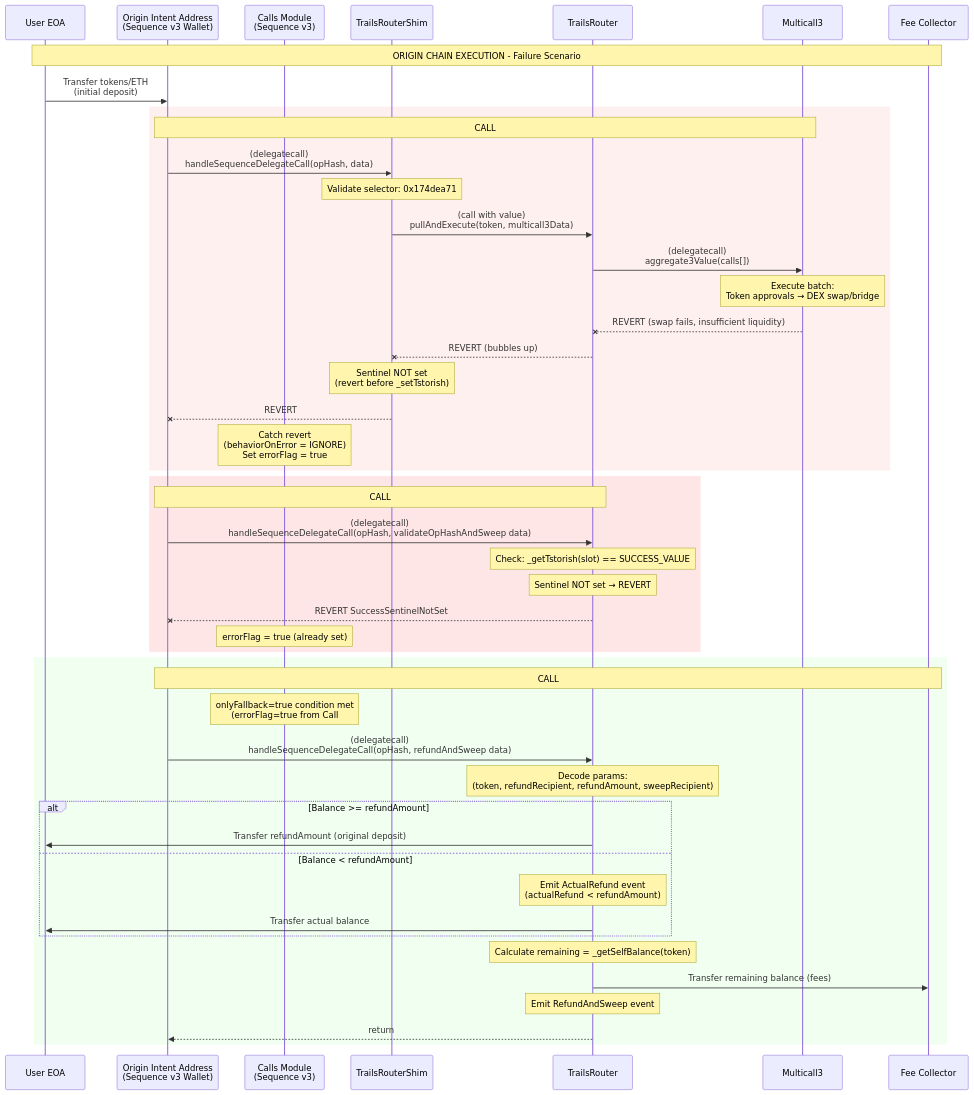
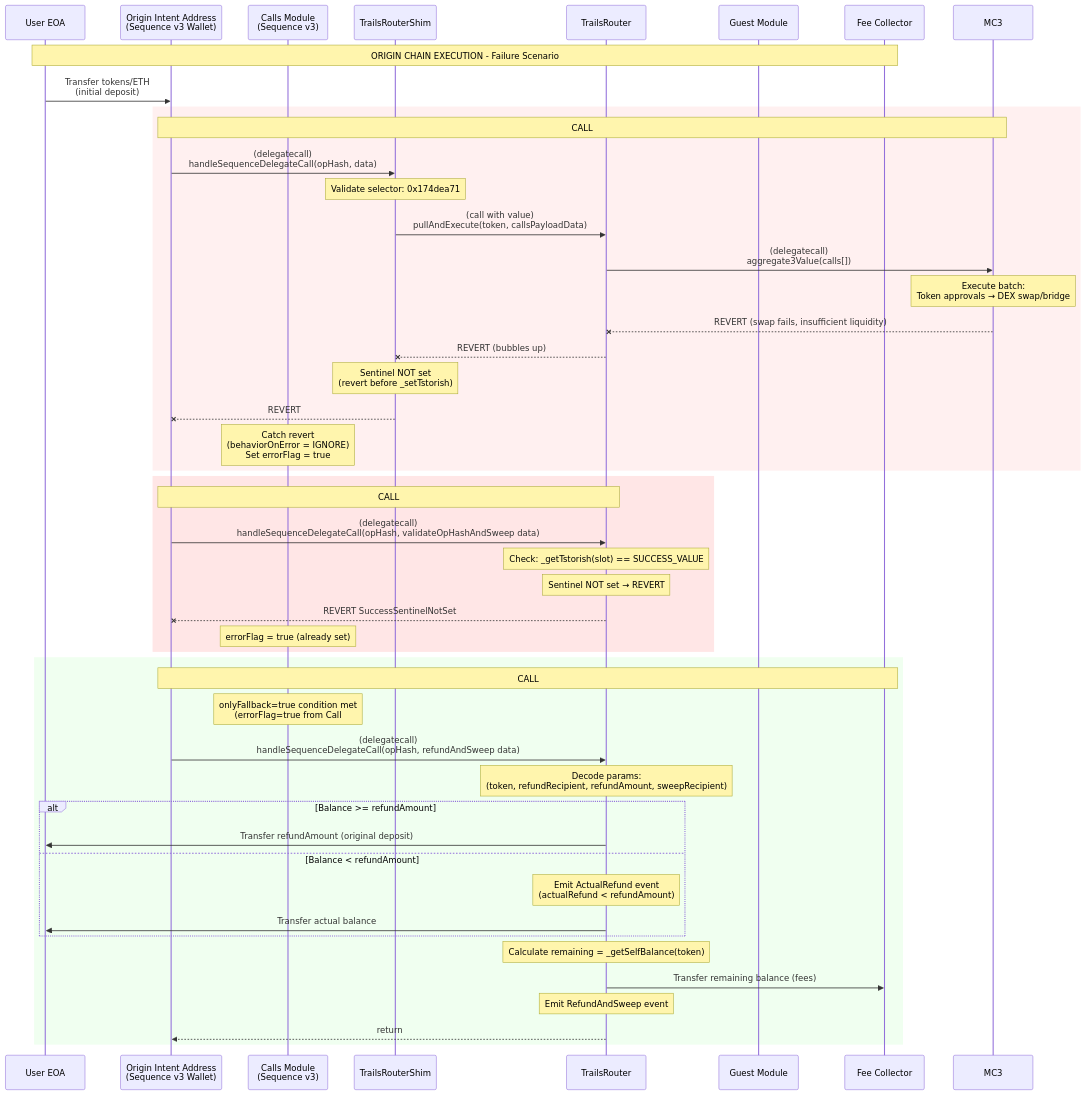
One commit to 0xsequence/trails-contracts changed the fifth of 6 diagrams in docs/FLOW.md. Above: the diagram before and after it, drawn with Mermaid. The commit also changed other lines of this file and 7 other files, not shown here.

First line of the commit message:
Refactor TrailsRouter and related documentation to fully integrate Sequence V3 CallsPayload format

````diff
--- a/docs/FLOW.md
+++ b/docs/FLOW.md
@@ -373,56 +373,56 @@
 ```mermaid
 sequenceDiagram
     participant User as User EOA
     participant Intent as Origin Intent Address<br/>(Sequence v3 Wallet)
     participant Calls as Calls Module<br/>(Sequence v3)
     participant Shim as TrailsRouterShim
     participant Router as TrailsRouter
-    participant MC3 as Multicall3
+    participant Guest as Guest Module
     participant FeeCollector as Fee Collector
 
     Note over User,FeeCollector: ORIGIN CHAIN EXECUTION - Failure Scenario
 
     User->>Intent: Transfer tokens/ETH<br/>(initial deposit)
 
     rect rgb(255, 240, 240)
         Note over Intent,MC3: CALL #1 - Origin Swap/Bridge FAILS
         Intent->>Shim: (delegatecall)<br/>handleSequenceDelegateCall(opHash, data)
         Note over Shim: Validate selector: 0x174dea71
-        Shim->>Router: (call with value)<br/>pullAndExecute(token, multicall3Data)
+        Shim->>Router: (call with value)<br/>pullAndExecute(token, callsPayloadData)
         Router->>MC3: (delegatecall)<br/>aggregate3Value(calls[])
         Note over MC3: Execute batch:<br/>Token approvals → DEX swap/bridge
         MC3--xRouter: REVERT (swap fails, insufficient liquidity)
         Router--xShim: REVERT (bubbles up)
         Note over Shim: Sentinel NOT set<br/>(revert before _setTstorish)
         Shim--xIntent: REVERT
         Note over Calls: Catch revert<br/>(behaviorOnError = IGNORE)<br/>Set errorFlag = true
     end
 
     rect rgb(255, 230, 230)
         Note over Intent,Router: CALL #2 - Fee Collection FAILS (Sentinel Not Set)
         Intent->>Router: (delegatecall)<br/>handleSequenceDelegateCall(opHash, validateOpHashAndSweep data)
         Note over Router: Check: _getTstorish(slot) == SUCCESS_VALUE
         Note over Router: Sentinel NOT set → REVERT
         Router--xIntent: REVERT SuccessSentinelNotSet
         Note over Calls: errorFlag = true (already set)
     end
 
     rect rgb(240, 255, 240)
         Note over Intent,FeeCollector: CALL #3 - Refund & Fee Collection (Fallback)
         Note over Calls: onlyFallback=true condition met<br/>(errorFlag=true from Call #2 revert)
         Intent->>Router: (delegatecall)<br/>handleSequenceDelegateCall(opHash, refundAndSweep data)
         Note over Router: Decode params:<br/>(token, refundRecipient, refundAmount, sweepRecipient)
 
         alt Balance >= refundAmount
             Router->>User: Transfer refundAmount (original deposit)
         else Balance < refundAmount
             Note over Router: Emit ActualRefund event<br/>(actualRefund < refundAmount)
             Router->>User: Transfer actual balance
         end
 
         Note over Router: Calculate remaining = _getSelfBalance(token)
         Router->>FeeCollector: Transfer remaining balance (fees)
         Note over Router: Emit RefundAndSweep event
         Router-->>Intent: return
     end
 ```
````
